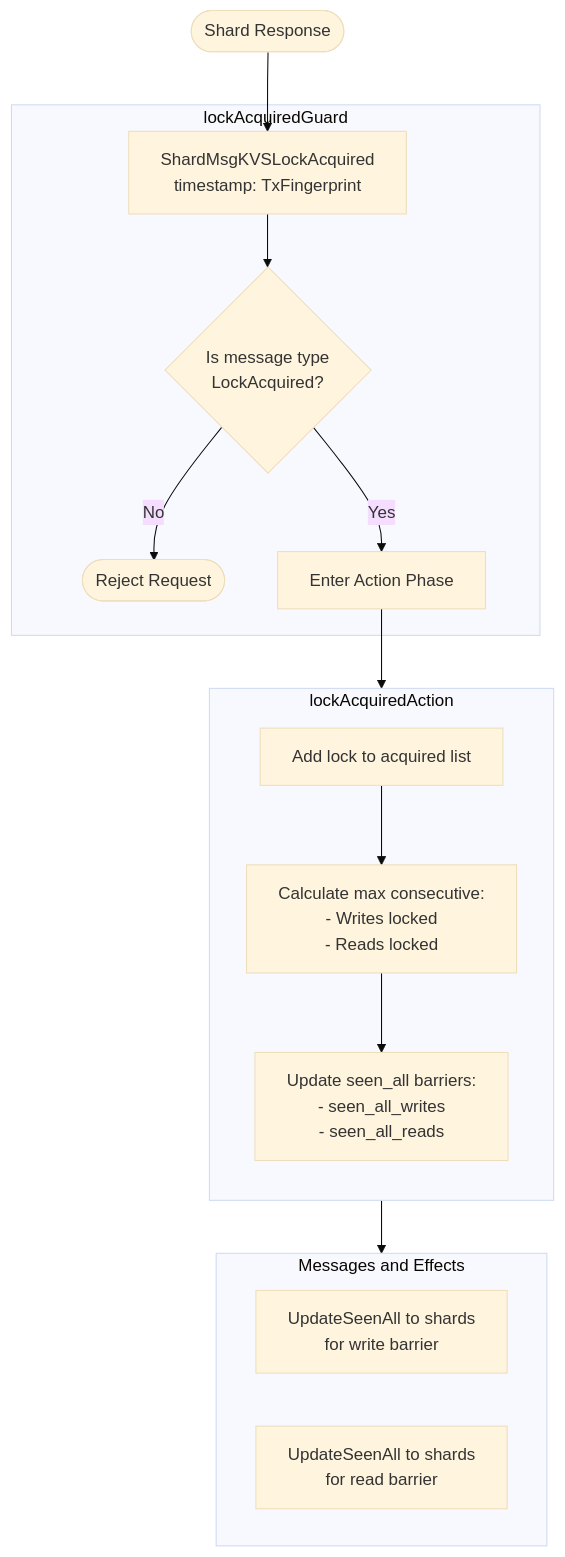
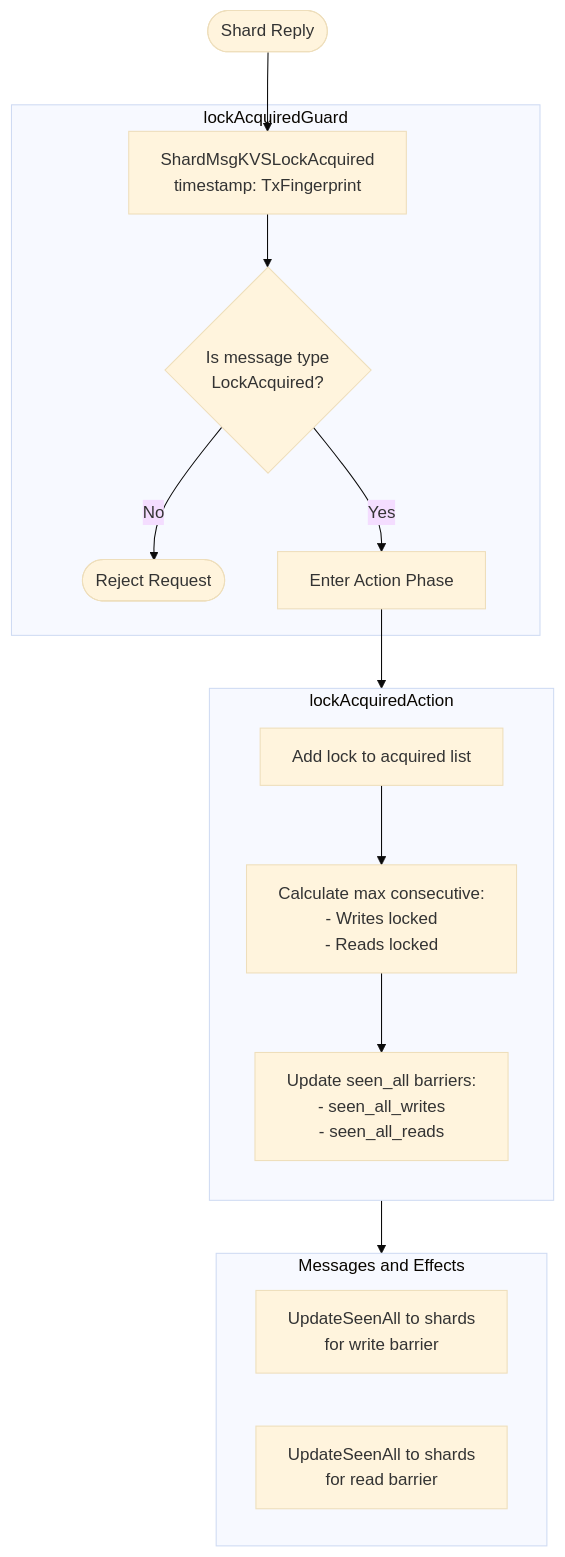
One commit to anoma/nspec changed the first of 2 diagrams in docs/arch/node/engines/mempool_worker_behaviour.juvix.md. Above: the diagram before and after it, drawn with Mermaid (base theme). The commit also changed other lines of this file and 37 other files, not shown here.

Commit message:
Renamed all instances of "Response" to "Reply" in message interfaces for consistency across commitment, decryption, identity management, and other engines.

````diff
--- a/docs/arch/node/engines/mempool_worker_behaviour.juvix.md
+++ b/docs/arch/node/engines/mempool_worker_behaviour.juvix.md
@@ -152,26 +152,26 @@
 ```mermaid
 flowchart TD
-    Start([Shard Response]) --> MsgReq[ShardMsgKVSLockAcquired<br/>timestamp: TxFingerprint]
+    Start([Shard Reply]) --> MsgReq[ShardMsgKVSLockAcquired<br/>timestamp: TxFingerprint]
 
     subgraph Guard["lockAcquiredGuard"]
         MsgReq --> ValidType{Is message type<br/>LockAcquired?}
         ValidType -->|No| Reject([Reject Request])
         ValidType -->|Yes| ActionEntry[Enter Action Phase]
     end
 
     ActionEntry --> Action
 
     subgraph Action["lockAcquiredAction"]
         direction TB
         AddLock[Add lock to acquired list]
         AddLock --> CalcMax[Calculate max consecutive:<br/>- Writes locked<br/>- Reads locked]
         CalcMax --> UpdateBarriers[Update seen_all barriers:<br/>- seen_all_writes<br/>- seen_all_reads]
     end
 
     UpdateBarriers --> Msgs
 
     subgraph Msgs[Messages and Effects]
         BcastWrite[UpdateSeenAll to shards<br/>for write barrier]
         BcastRead[UpdateSeenAll to shards<br/>for read barrier]
     end
 ```
````
